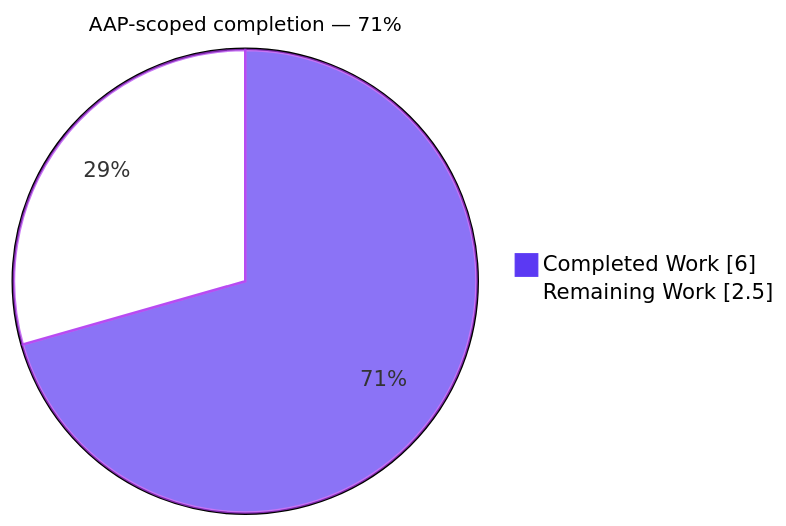
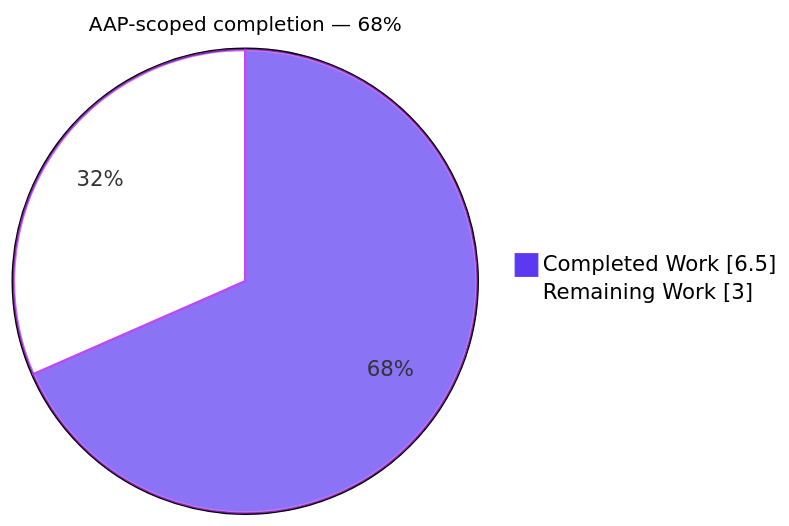
The first of 2 diagrams in blitzy/documentation/Project Guide - bc2e7a9e-1751-42cb-b2c2-b32a775da33a.md (Sandeep01Kumar/existing-projects-qa-19-nov), drawn with Mermaid before and after one commit. The commit also changed other lines of this file, not shown here.

Commit message:
Adding Blitzy Project Guide: Project Status and Human Tasks Remaining

````diff
--- a/blitzy/documentation/Project Guide - bc2e7a9e-1751-42cb-b2c2-b32a775da33a.md
+++ b/blitzy/documentation/Project Guide - bc2e7a9e-1751-42cb-b2c2-b32a775da33a.md
@@ -15,6 +15,6 @@
 ```mermaid
 %%{init: {"themeVariables": {"pie1": "#5B39F3", "pie2": "#FFFFFF", "pieStrokeColor": "#B23AF2", "pieTitleTextSize": "16px"}}}%%
-pie showData title AAP-scoped completion — 71%
-    "Completed Work" : 6.0
-    "Remaining Work" : 2.5
+pie showData title AAP-scoped completion — 68%
+    "Completed Work" : 6.5
+    "Remaining Work" : 3.0
 ```
````
